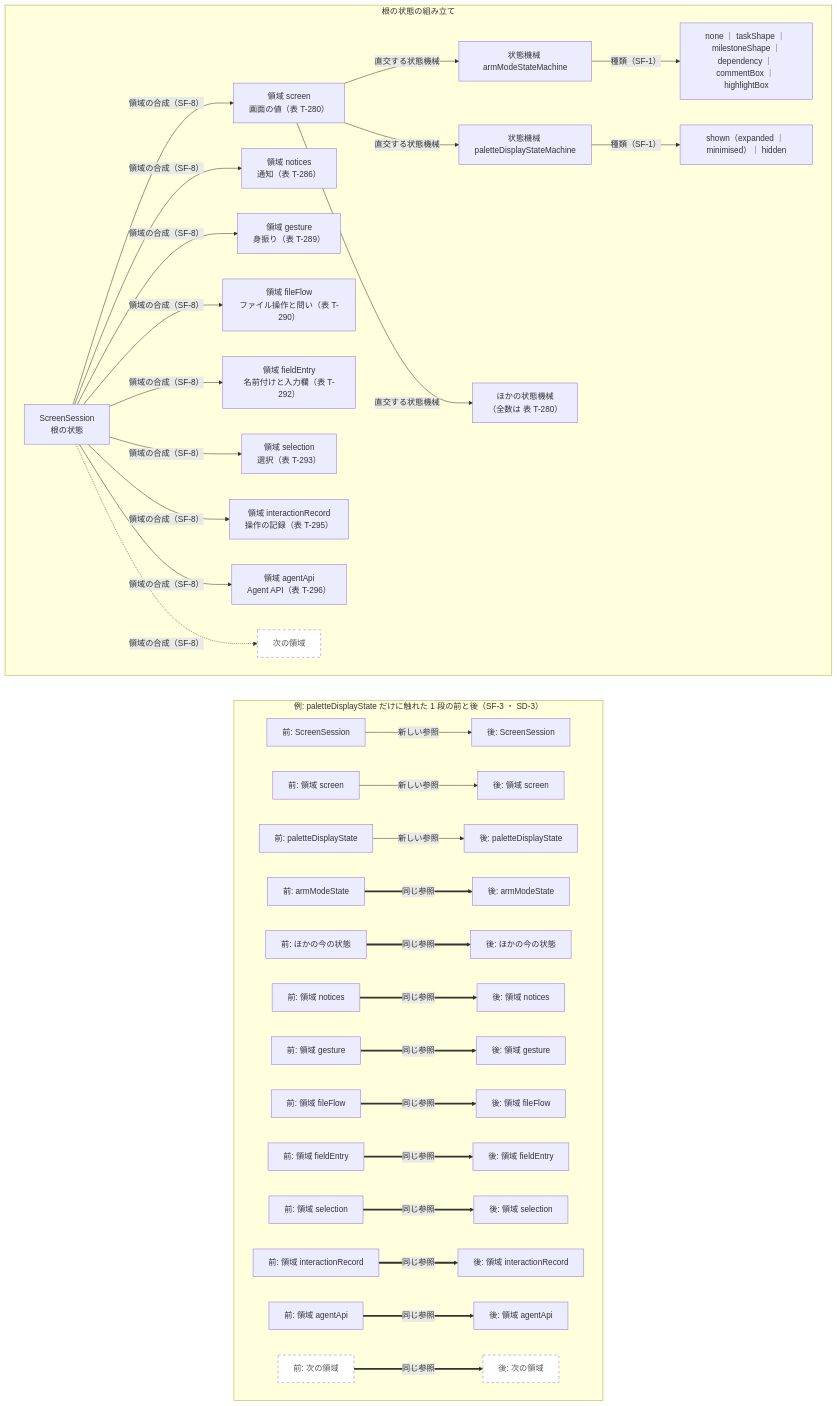
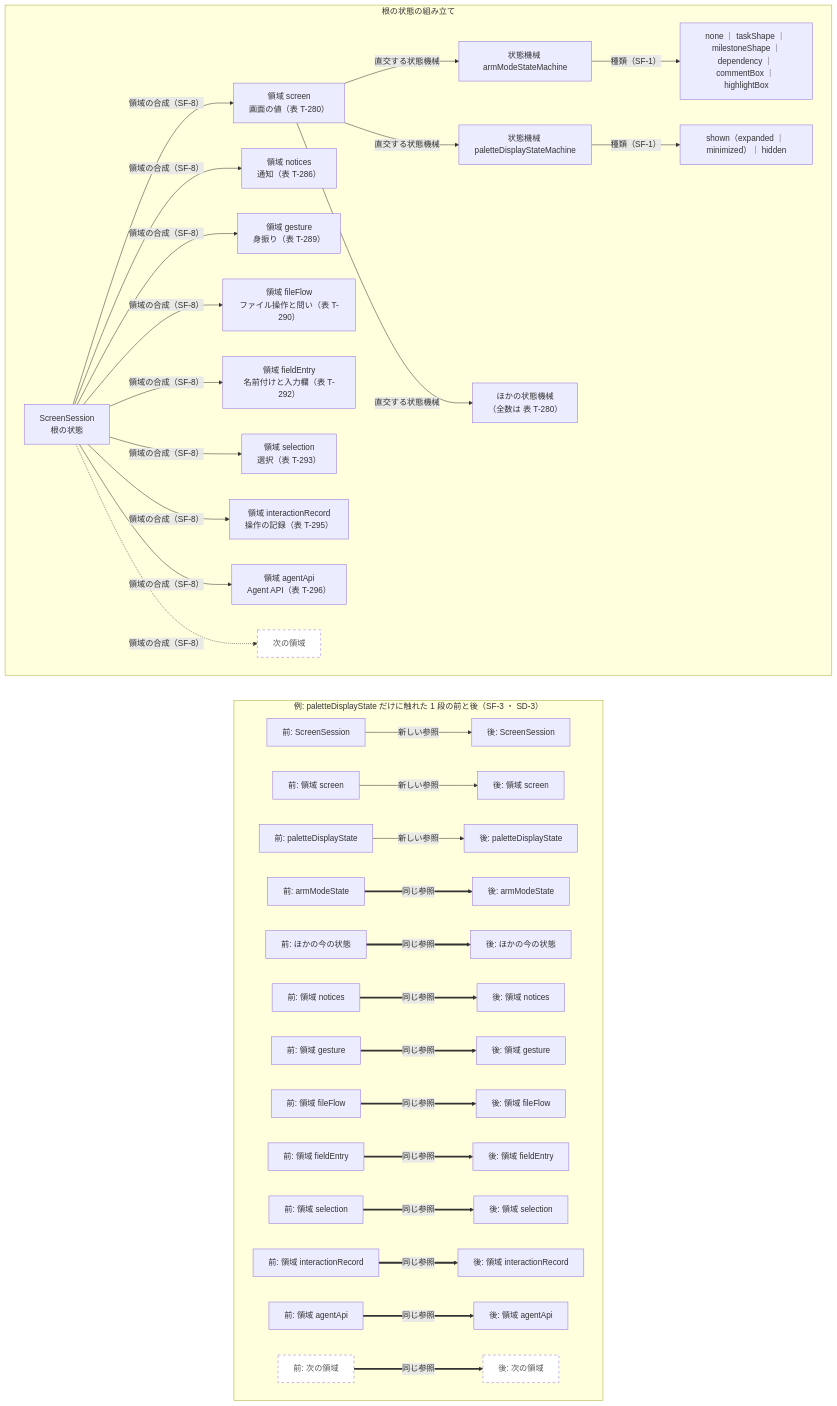
The fourth of 4 diagrams in docs/spec/05-07-design.md (GoodRelax/gr-scheduler), drawn with Mermaid before and after one commit. The commit also changed other lines of this file and 428 other files, not shown here.

````diff
--- a/docs/spec/05-07-design.md
+++ b/docs/spec/05-07-design.md
@@ -1145,54 +1145,54 @@
 ```mermaid
 flowchart TB
     subgraph Shape["根の状態の組み立て"]
         direction LR
         Root["ScreenSession<br>根の状態"]
         Screen["領域 screen<br>画面の値（表 T-280）"]
         Notices["領域 notices<br>通知（表 T-286）"]
         Gesture["領域 gesture<br>身振り（表 T-289）"]
         FileFlow["領域 fileFlow<br>ファイル操作と問い（表 T-290）"]
         FieldEntry["領域 fieldEntry<br>名前付けと入力欄（表 T-292）"]
         SelectionRegion["領域 selection<br>選択（表 T-293）"]
         RecordRegion["領域 interactionRecord<br>操作の記録（表 T-295）"]
         AgentApiRegion["領域 agentApi<br>Agent API（表 T-296）"]
         Next["次の領域"]:::future
         Armed["状態機械 armModeStateMachine"]
         Palette["状態機械 paletteDisplayStateMachine"]
         Others["ほかの状態機械<br>（全数は 表 T-280）"]
         ArmedK["none ｜ taskShape ｜ milestoneShape ｜<br>dependency ｜ commentBox ｜ highlightBox"]
-        PaletteK["shown（expanded ｜ minimised）｜ hidden"]
+        PaletteK["shown（expanded ｜ minimized）｜ hidden"]
         Root -->|"領域の合成（SF-8）"| Screen
         Root -->|"領域の合成（SF-8）"| Notices
         Root -->|"領域の合成（SF-8）"| Gesture
         Root -->|"領域の合成（SF-8）"| FileFlow
         Root -->|"領域の合成（SF-8）"| FieldEntry
         Root -->|"領域の合成（SF-8）"| SelectionRegion
         Root -->|"領域の合成（SF-8）"| RecordRegion
         Root -->|"領域の合成（SF-8）"| AgentApiRegion
         Root -.->|"領域の合成（SF-8）"| Next
         Screen -->|"直交する状態機械"| Armed
         Screen -->|"直交する状態機械"| Palette
         Screen -->|"直交する状態機械"| Others
         Armed -->|"種類（SF-1）"| ArmedK
         Palette -->|"種類（SF-1）"| PaletteK
     end
     subgraph Step["例: paletteDisplayState だけに触れた 1 段の前と後（SF-3 ・ SD-3）"]
         direction LR
         R0["前: ScreenSession"] -->|"新しい参照"| R1["後: ScreenSession"]
         S0["前: 領域 screen"] -->|"新しい参照"| S1["後: 領域 screen"]
         P0["前: paletteDisplayState"] -->|"新しい参照"| P1["後: paletteDisplayState"]
         A0["前: armModeState"] ==>|"同じ参照"| A1["後: armModeState"]
         O0["前: ほかの今の状態"] ==>|"同じ参照"| O1["後: ほかの今の状態"]
         M0["前: 領域 notices"] ==>|"同じ参照"| M1["後: 領域 notices"]
         G0["前: 領域 gesture"] ==>|"同じ参照"| G1["後: 領域 gesture"]
         F0["前: 領域 fileFlow"] ==>|"同じ参照"| F1["後: 領域 fileFlow"]
         E0["前: 領域 fieldEntry"] ==>|"同じ参照"| E1["後: 領域 fieldEntry"]
         L0["前: 領域 selection"] ==>|"同じ参照"| L1["後: 領域 selection"]
         K0["前: 領域 interactionRecord"] ==>|"同じ参照"| K1["後: 領域 interactionRecord"]
         B0["前: 領域 agentApi"] ==>|"同じ参照"| B1["後: 領域 agentApi"]
         N0["前: 次の領域"]:::future ==>|"同じ参照"| N1["後: 次の領域"]:::future
     end
     Shape ~~~ Step
 
     classDef future stroke-dasharray: 5 5,fill:#fff,color:#555
 ```
````
